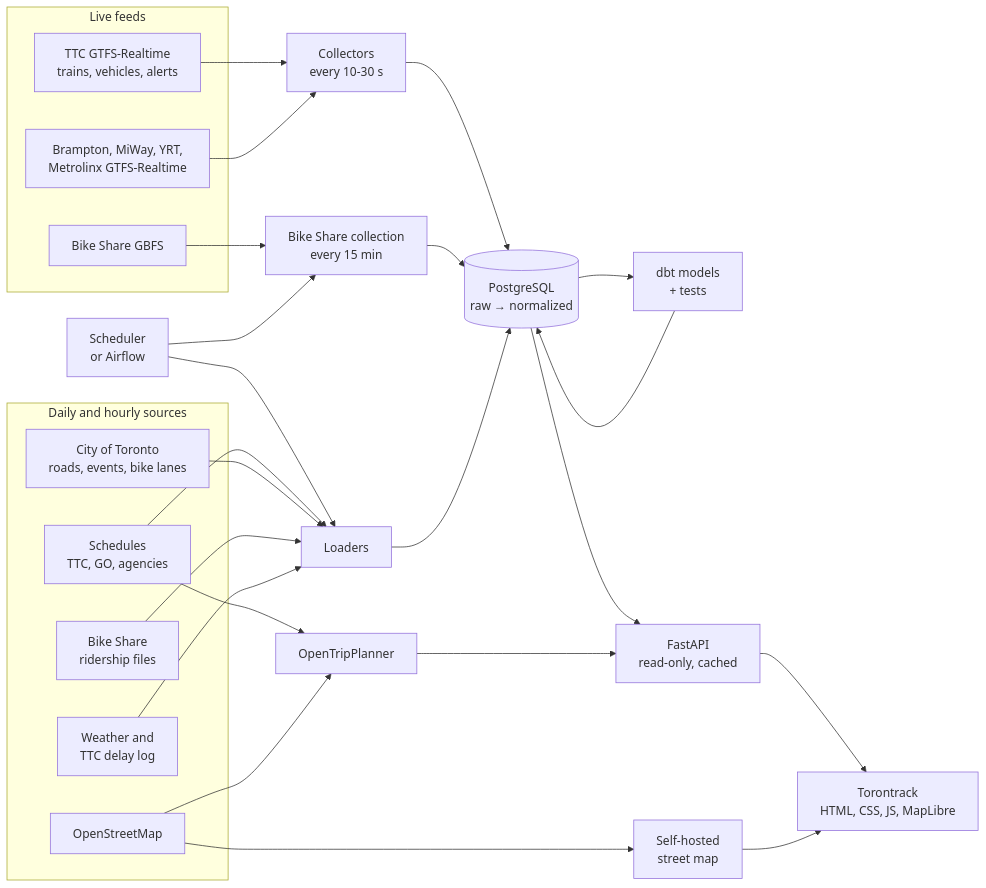
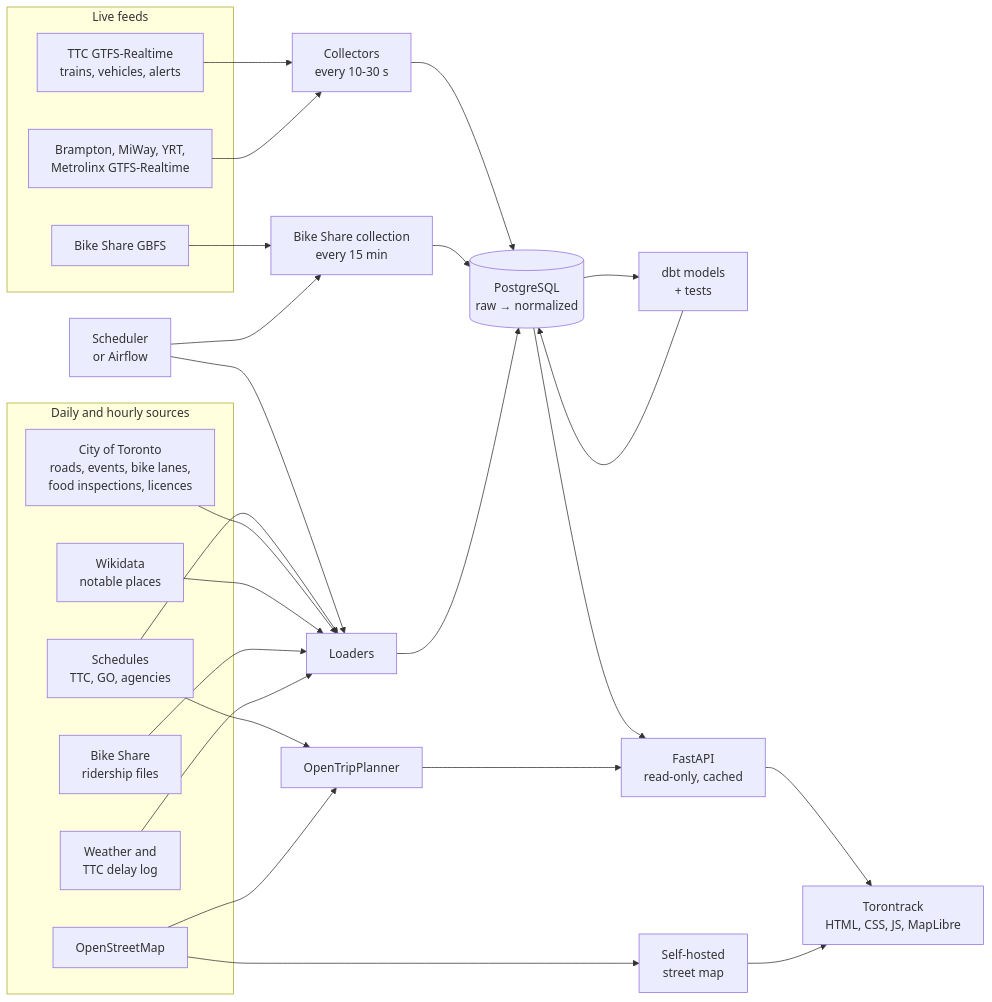
Before and after one commit to MavenTheKeen/torontrack: the diagram in README.md, drawn with Mermaid. The commit also changed other lines of this file, not shown here.

Commit message:
docs(readme): document food map sources

````diff
--- a/README.md
+++ b/README.md
@@ -94,36 +99,38 @@
 ```mermaid
 flowchart LR
     subgraph Live["Live feeds"]
         TTCRT[TTC GTFS-Realtime<br/>trains, vehicles, alerts]
         Agencies[Brampton, MiWay, YRT,<br/>Metrolinx GTFS-Realtime]
         GBFS[Bike Share GBFS]
     end
     subgraph Daily["Daily and hourly sources"]
         GTFS[Schedules<br/>TTC, GO, agencies]
-        City[City of Toronto<br/>roads, events, bike lanes]
+        City[City of Toronto<br/>roads, events, bike lanes,<br/>food inspections, licences]
+        Wikidata[Wikidata<br/>notable places]
         Trips[Bike Share<br/>ridership files]
         Weather[Weather and<br/>TTC delay log]
         OSM[OpenStreetMap]
     end
     TTCRT --> TTCC[Collectors<br/>every 10-30 s]
     Agencies --> TTCC
     GBFS --> BSC[Bike Share collection<br/>every 15 min]
     Sched[Scheduler<br/>or Airflow] --> BSC
     Sched --> Loaders[Loaders]
     GTFS --> Loaders
     City --> Loaders
+    Wikidata --> Loaders
     Trips --> Loaders
     Weather --> Loaders
     TTCC --> PG[(PostgreSQL<br/>raw → normalized)]
     BSC --> PG
     Loaders --> PG
     PG --> dbt[dbt models<br/>+ tests]
     dbt --> PG
     GTFS --> OTP[OpenTripPlanner]
     OSM --> OTP
     OSM --> Tiles[Self-hosted<br/>street map]
     PG --> API[FastAPI<br/>read-only, cached]
     OTP --> API
     API --> Site[Torontrack<br/>HTML, CSS, JS, MapLibre]
     Tiles --> Site
 ```
````
